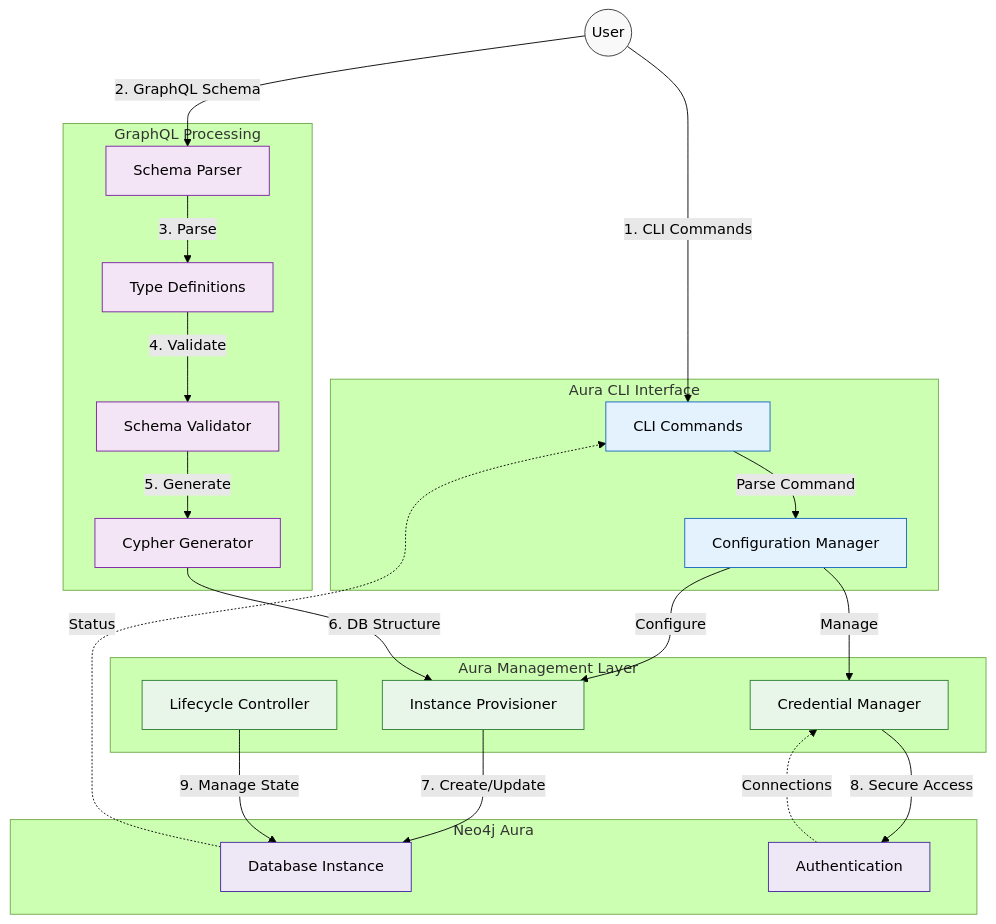
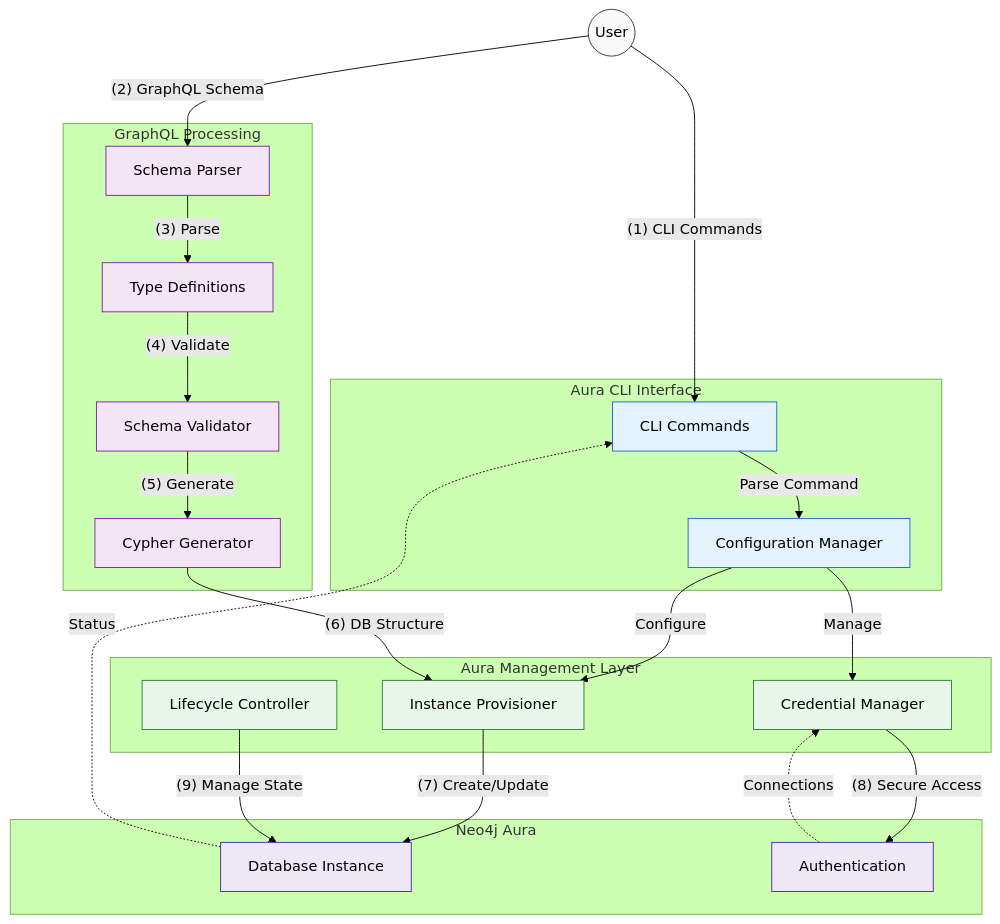
Before and after one commit to KazChe/neo4j-aura-go-cli: the diagram in graphql-aura-cli.mermaid, drawn with Mermaid (forest theme).

Commit message:
fix mermaid unsupported caused by numbering scheme

```diff
--- a/graphql-aura-cli.mermaid
+++ b/graphql-aura-cli.mermaid
@@ -1,59 +1,59 @@
 flowchart TB
     subgraph CLI["Aura CLI Interface"]
         Commands["CLI Commands"]
         Config["Configuration Manager"]
     end
 
     subgraph GraphQL["GraphQL Processing"]
         Schema["Schema Parser"]
         TypeDef["Type Definitions"]
         Validator["Schema Validator"]
         Generator["Cypher Generator"]
     end
 
     subgraph AuraManager["Aura Management Layer"]
         Provisioner["Instance Provisioner"]
         Credentials["Credential Manager"]
         Lifecycle["Lifecycle Controller"]
     end
 
     subgraph AuraDB["Neo4j Aura"]
         Instance["Database Instance"]
         Auth["Authentication"]
     end
 
     %% User input flows
-    User(("User")) -->|"1. CLI Commands"| Commands
-    User -->|"2. GraphQL Schema"| Schema
+    User(("User")) -->|"(1) CLI Commands"| Commands
+    User -->|"(2) GraphQL Schema"| Schema
 
     %% CLI Processing
     Commands -->|"Parse Command"| Config
     Config -->|"Configure"| Provisioner
     Config -->|"Manage"| Credentials
 
     %% GraphQL Processing
-    Schema -->|"3. Parse"| TypeDef
-    TypeDef -->|"4. Validate"| Validator
-    Validator -->|"5. Generate"| Generator
+    Schema -->|"(3) Parse"| TypeDef
+    TypeDef -->|"(4) Validate"| Validator
+    Validator -->|"(5) Generate"| Generator
 
     %% Aura Integration
-    Generator -->|"6. DB Structure"| Provisioner
-    Provisioner -->|"7. Create/Update"| Instance
-    Credentials -->|"8. Secure Access"| Auth
-    Lifecycle -->|"9. Manage State"| Instance
+    Generator -->|"(6) DB Structure"| Provisioner
+    Provisioner -->|"(7) Create/Update"| Instance
+    Credentials -->|"(8) Secure Access"| Auth
+    Lifecycle -->|"(9) Manage State"| Instance
 
     %% Return flows
     Instance -.->|"Status"| Commands
     Auth -.->|"Connections"| Credentials
 
     classDef user fill:#f9f9f9,stroke:#333
     classDef cli fill:#e3f2fd,stroke:#1565c0
     classDef graphql fill:#f3e5f5,stroke:#7b1fa2
     classDef manager fill:#e8f5e9,stroke:#2e7d32
     classDef db fill:#ede7f6,stroke:#4527a0
 
     class User user
     class Commands,Config cli
     class Schema,TypeDef,Validator,Generator graphql
     class Provisioner,Credentials,Lifecycle manager
     class Instance,Auth db
```
